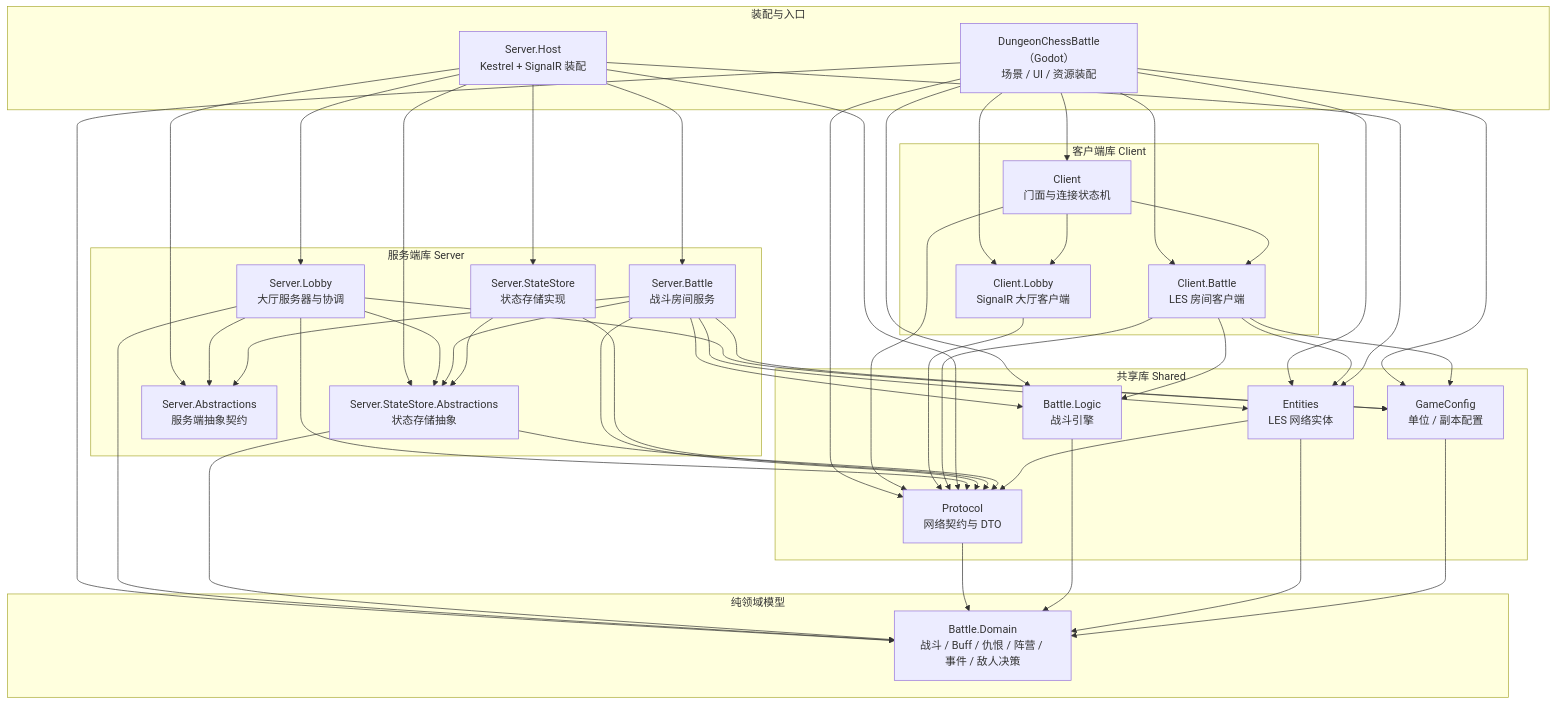
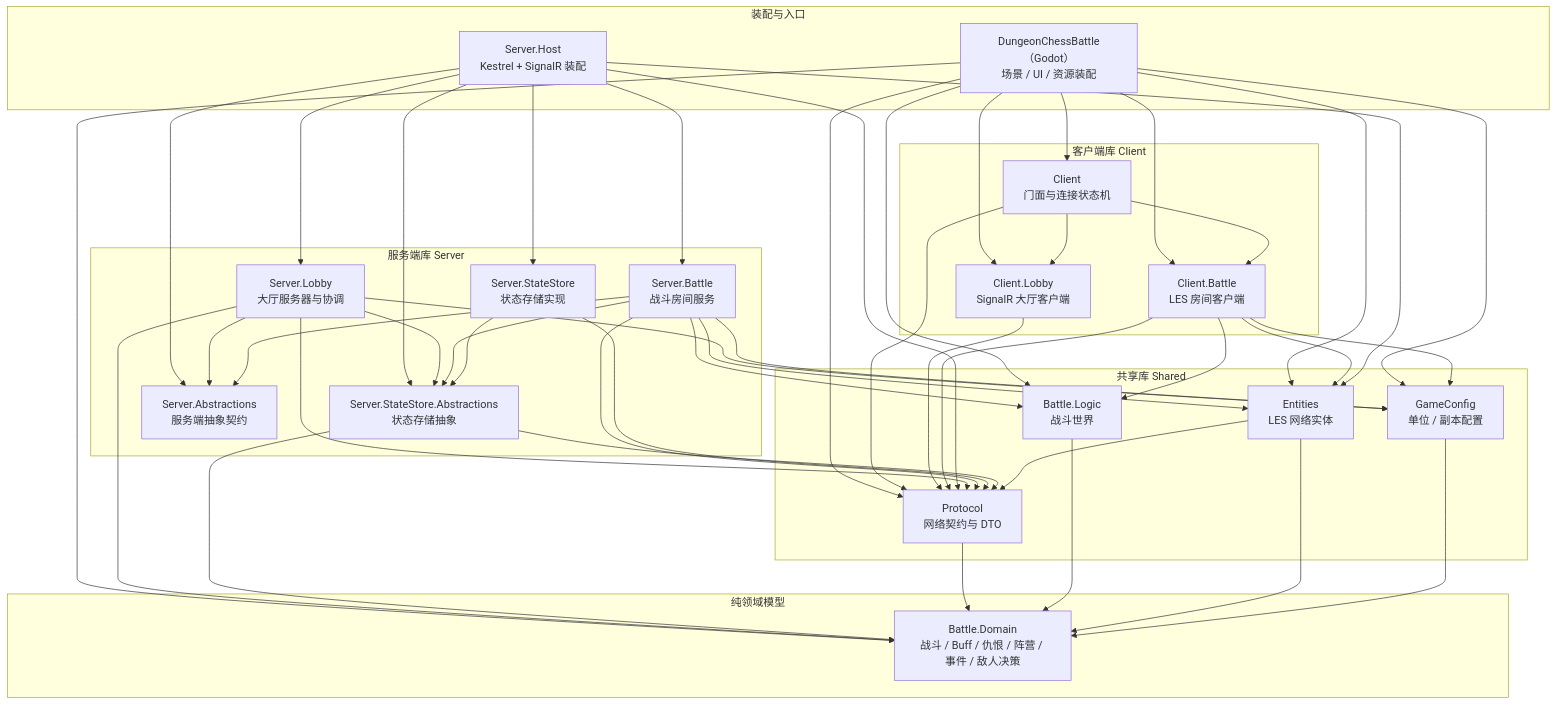
Before and after one commit to DrMelt/dungeon_chess_battle: the diagram in docs/architecture.md, drawn with Mermaid. The commit also changed other lines of this file and 29 other files, not shown here.

````diff
--- a/docs/architecture.md
+++ b/docs/architecture.md
@@ -11,81 +11,81 @@
 ```mermaid
 graph TD
     subgraph AppLayer["装配与入口"]
         Host["Server.Host<br>Kestrel + SignalR 装配"]
         Godot["DungeonChessBattle（Godot）<br>场景 / UI / 资源装配"]
     end
 
     subgraph ClientLayer["客户端库 Client"]
         Client["Client<br>门面与连接状态机"]
         LobbyClient["Client.Lobby<br>SignalR 大厅客户端"]
         BattleClient["Client.Battle<br>LES 房间客户端"]
     end
 
     subgraph ServerLayer["服务端库 Server"]
         LobbySrv["Server.Lobby<br>大厅服务器与协调"]
         BattleSrv["Server.Battle<br>战斗房间服务"]
         Store["Server.StateStore<br>状态存储实现"]
         StoreAbst["Server.StateStore.Abstractions<br>状态存储抽象"]
         ServerAbst["Server.Abstractions<br>服务端抽象契约"]
     end
 
     subgraph SharedLayer["共享库 Shared"]
         Protocol["Protocol<br>网络契约与 DTO"]
-        Logic["Battle.Logic<br>战斗引擎"]
+        Logic["Battle.Logic<br>战斗世界"]
         Entities["Entities<br>LES 网络实体"]
         GameConfig["GameConfig<br>单位 / 副本配置"]
     end
 
     subgraph DomainLayer["纯领域模型"]
         Domain["Battle.Domain<br>战斗 / Buff / 仇恨 / 阵营 / 事件 / 敌人决策"]
     end
 
     Godot --> Client
     Godot --> LobbyClient
     Godot --> BattleClient
     Godot --> Protocol
     Godot --> Logic
     Godot --> Entities
     Godot --> GameConfig
     Godot --> Domain
 
     Client --> LobbyClient
     Client --> BattleClient
     Client --> Protocol
     LobbyClient --> Protocol
     BattleClient --> Protocol
     BattleClient --> Logic
     BattleClient --> Entities
     BattleClient --> GameConfig
 
     Host --> LobbySrv
     Host --> BattleSrv
     Host --> Store
     Host --> StoreAbst
     Host --> ServerAbst
     Host --> Protocol
     Host --> Entities
 
     LobbySrv --> ServerAbst
     LobbySrv --> StoreAbst
     LobbySrv --> GameConfig
     LobbySrv --> Protocol
     LobbySrv --> Domain
     BattleSrv --> ServerAbst
     BattleSrv --> StoreAbst
     BattleSrv --> Logic
     BattleSrv --> Entities
     BattleSrv --> GameConfig
     BattleSrv --> Protocol
 
     Store --> StoreAbst
     Store --> Protocol
     StoreAbst --> Protocol
     StoreAbst --> Domain
 
     Protocol --> Domain
     Logic --> Domain
     Entities --> Protocol
     Entities --> Domain
     GameConfig --> Domain
 ```
````
